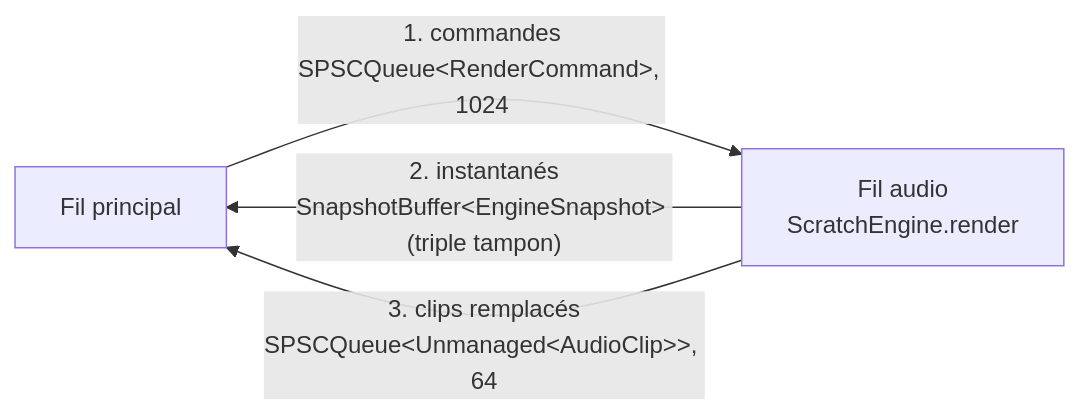
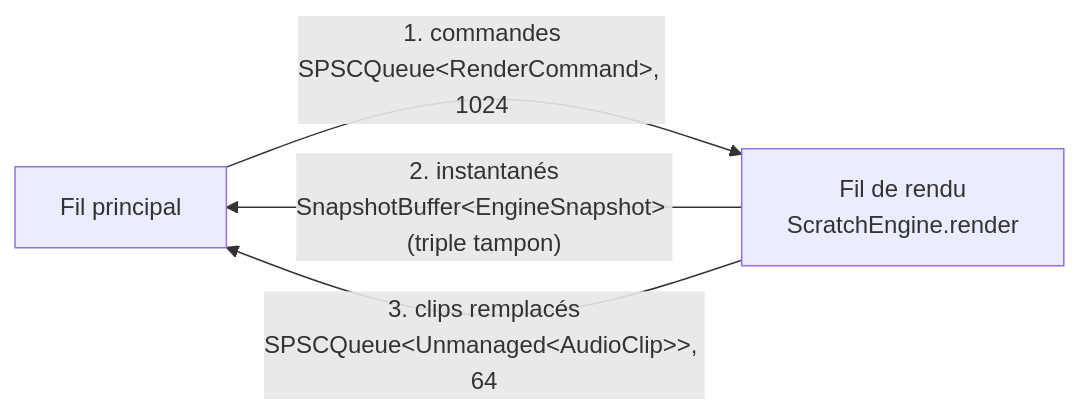
The third of 5 diagrams in docs/bmad/architecture.md (fatahbenguenna/scratchApp), drawn with Mermaid before and after one commit. The commit also changed other lines of this file and 47 other files, not shown here.

````diff
--- a/docs/bmad/architecture.md
+++ b/docs/bmad/architecture.md
@@ -135,6 +135,6 @@
 ```mermaid
 graph LR
-    M["Fil principal"] -- "1. commandes<br/>SPSCQueue#lt;RenderCommand#gt;, 1024" --> A["Fil audio<br/>ScratchEngine.render"]
+    M["Fil principal"] -- "1. commandes<br/>SPSCQueue#lt;RenderCommand#gt;, 1024" --> A["Fil de rendu<br/>ScratchEngine.render"]
     A -- "2. instantanés<br/>SnapshotBuffer#lt;EngineSnapshot#gt; (triple tampon)" --> M
     A -- "3. clips remplacés<br/>SPSCQueue#lt;Unmanaged#lt;AudioClip#gt;#gt;, 64" --> M
 ```
````
